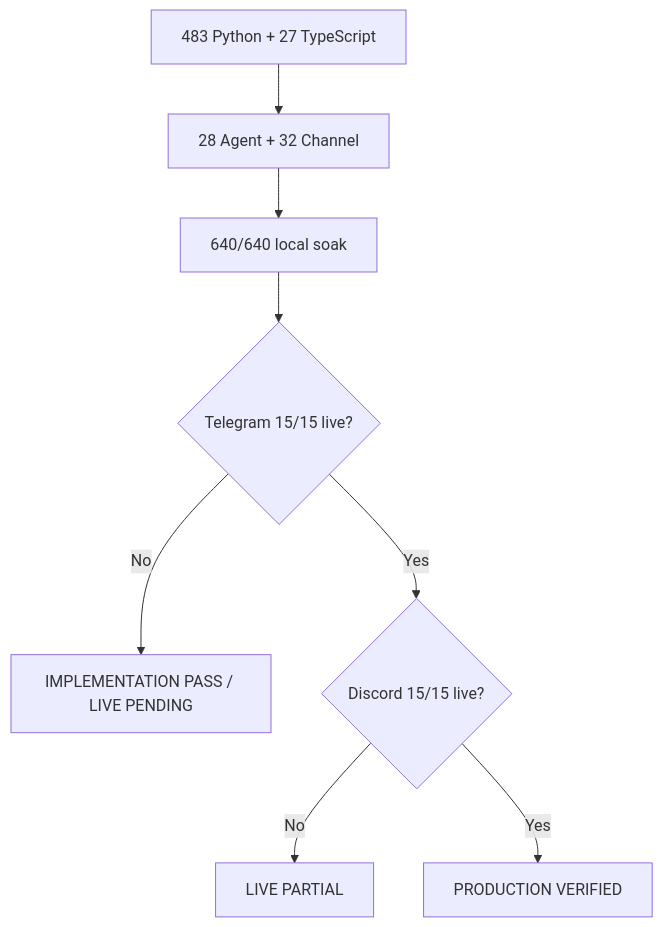
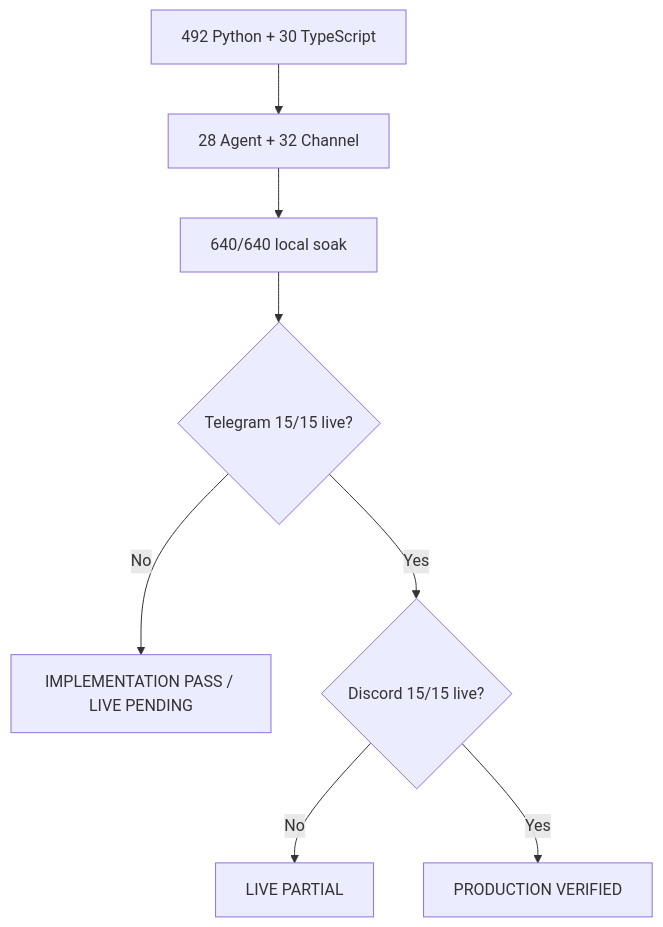
Before and after one commit to NEDONION/lobster0: the second of 2 diagrams in docs/engineering/phase-5/testing-and-live-acceptance.md, drawn with Mermaid. The commit also changed other lines of this file and 29 other files, not shown here.

````diff
--- a/docs/engineering/phase-5/testing-and-live-acceptance.md
+++ b/docs/engineering/phase-5/testing-and-live-acceptance.md
@@ -205,10 +205,10 @@
 ```mermaid
 flowchart TD
-    A["483 Python + 27 TypeScript"] --> B["28 Agent + 32 Channel"]
+    A["492 Python + 30 TypeScript"] --> B["28 Agent + 32 Channel"]
     B --> C["640/640 local soak"]
     C --> D{"Telegram 15/15 live?"}
     D -->|"No"| P["IMPLEMENTATION PASS / LIVE PENDING"]
     D -->|"Yes"| E{"Discord 15/15 live?"}
     E -->|"No"| L["LIVE PARTIAL"]
     E -->|"Yes"| V["PRODUCTION VERIFIED"]
 ```
````
